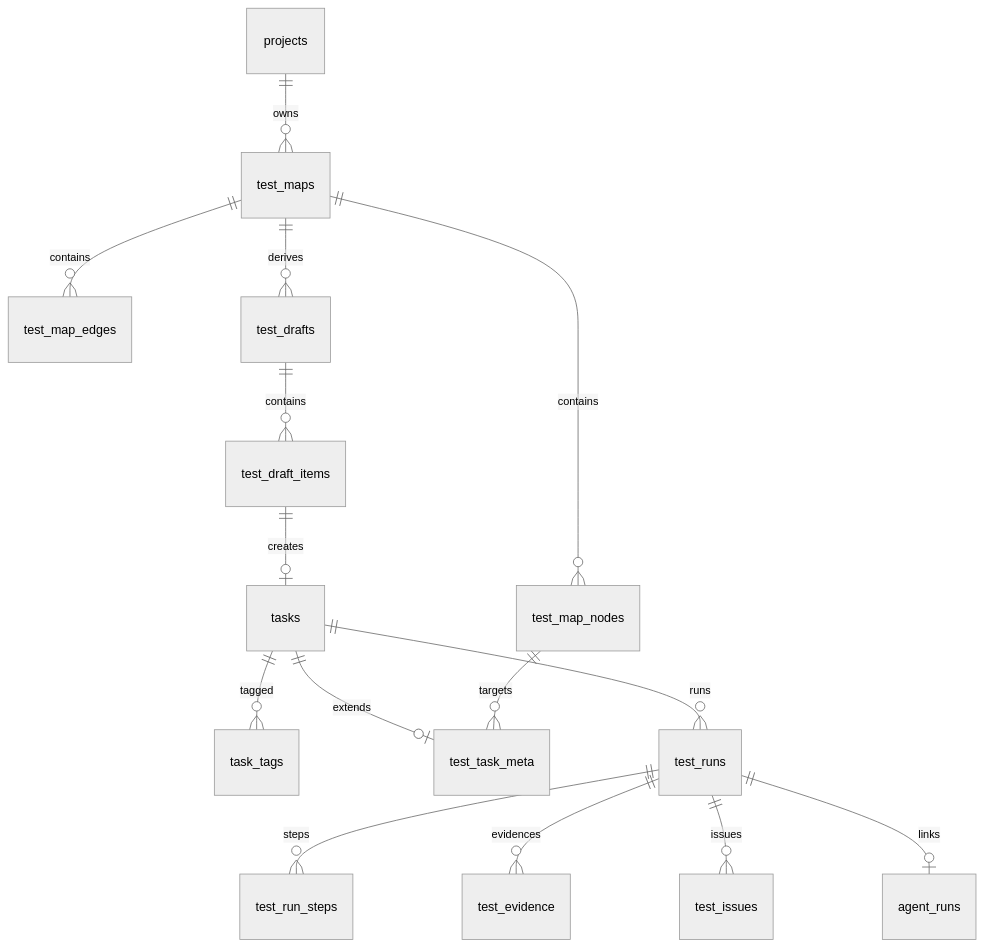
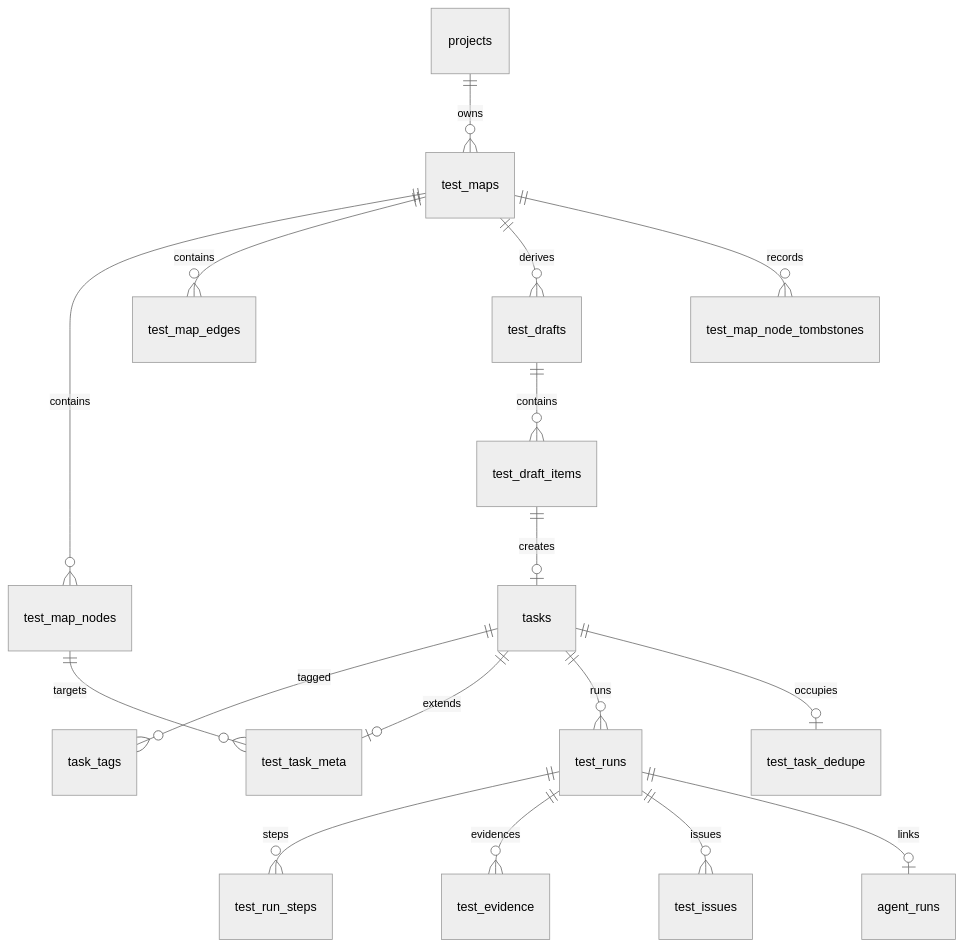
The tenth of 10 diagrams in docs/PRD-测试菜单模块-T06393.md (wangnan05563/MTask), drawn with Mermaid (neutral theme) before and after one commit. The commit also changed other lines of this file and 2 other files, not shown here.

Commit message:
docs(test): 完成测试菜单 v1.2.1 作用域与测试资产归档评审（T06393）

````diff
--- a/docs/PRD-测试菜单模块-T06393.md
+++ b/docs/PRD-测试菜单模块-T06393.md
@@ -1057,17 +1371,19 @@
 ```mermaid
 erDiagram
   projects ||--o{ test_maps : owns
   test_maps ||--o{ test_map_nodes : contains
   test_maps ||--o{ test_map_edges : contains
   test_maps ||--o{ test_drafts : derives
   test_drafts ||--o{ test_draft_items : contains
   test_draft_items ||--o| tasks : creates
   tasks ||--o{ task_tags : tagged
   tasks ||--o| test_task_meta : extends
   test_map_nodes ||--o{ test_task_meta : targets
   tasks ||--o{ test_runs : runs
+  tasks ||--o| test_task_dedupe : occupies
+  test_maps ||--o{ test_map_node_tombstones : records
   test_runs ||--o{ test_run_steps : steps
   test_runs ||--o{ test_evidence : evidences
   test_runs ||--o{ test_issues : issues
   test_runs ||--o| agent_runs : links
 ```
````
